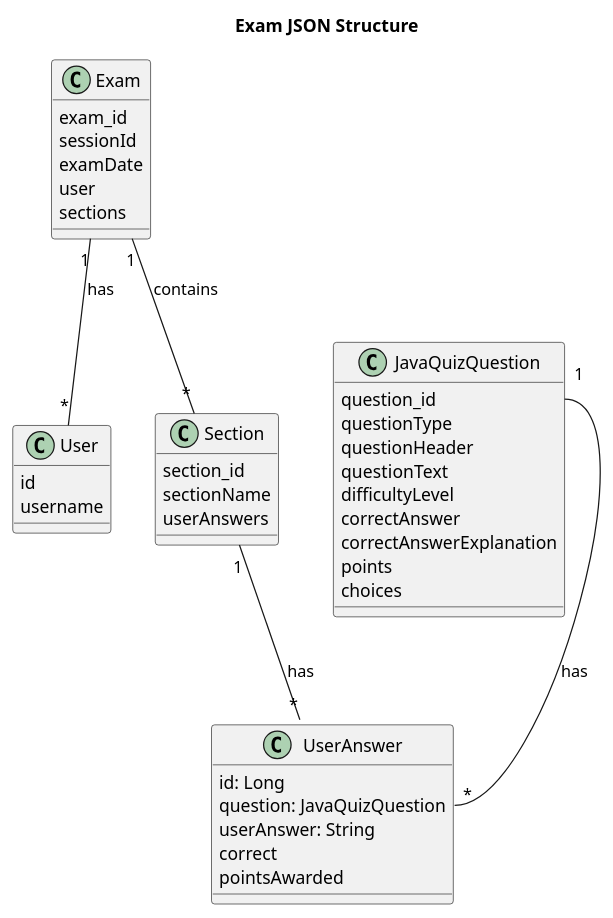
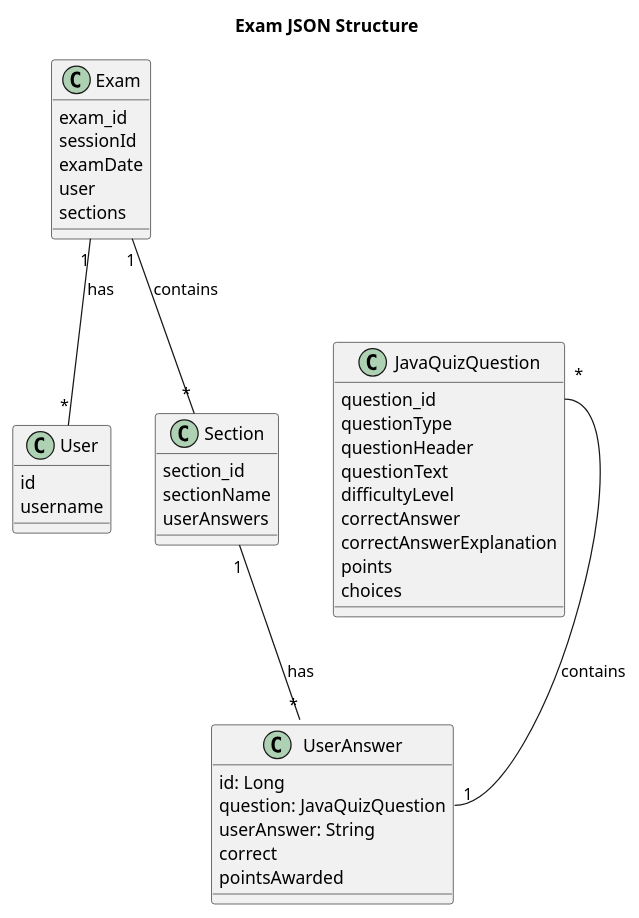
One commit to zzergAtStage/java-examinator changed the diagram in docs/exam.puml. Above: the diagram before and after it, drawn with PlantUML. The commit also changed 35 other files, not shown here.

```diff
--- a/docs/exam.puml
+++ b/docs/exam.puml
@@ -1,48 +1,48 @@
 @startuml
 title Exam JSON Structure
 
 class Exam {
     exam_id
     sessionId
     examDate
     user
     sections
 }
 
 class User {
     id
     username
 }
 
 class Section {
     section_id
     sectionName
     userAnswers
 }
 
 class JavaQuizQuestion {
     question_id
     questionType
     questionHeader
     questionText
     difficultyLevel
     correctAnswer
     correctAnswerExplanation
     points
     choices
 }
 
 class UserAnswer {
     id: Long
     question: JavaQuizQuestion
     userAnswer: String
     correct
     pointsAwarded
 }
 
 Exam "1" -- "*" User : has
 Exam "1" -- "*" Section : contains
 Section "1" -- "*" UserAnswer : has
-JavaQuizQuestion::question_id "1" -- "*" UserAnswer::question : has
+JavaQuizQuestion::question_id "*" -- "1" UserAnswer::question : contains
 
 @enduml
```
